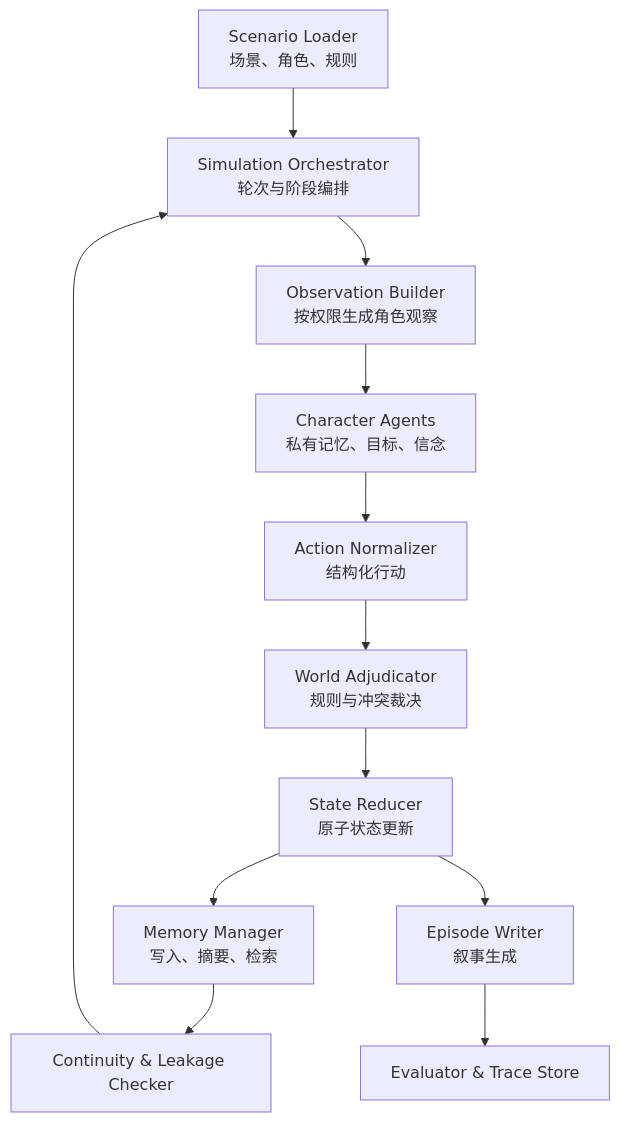
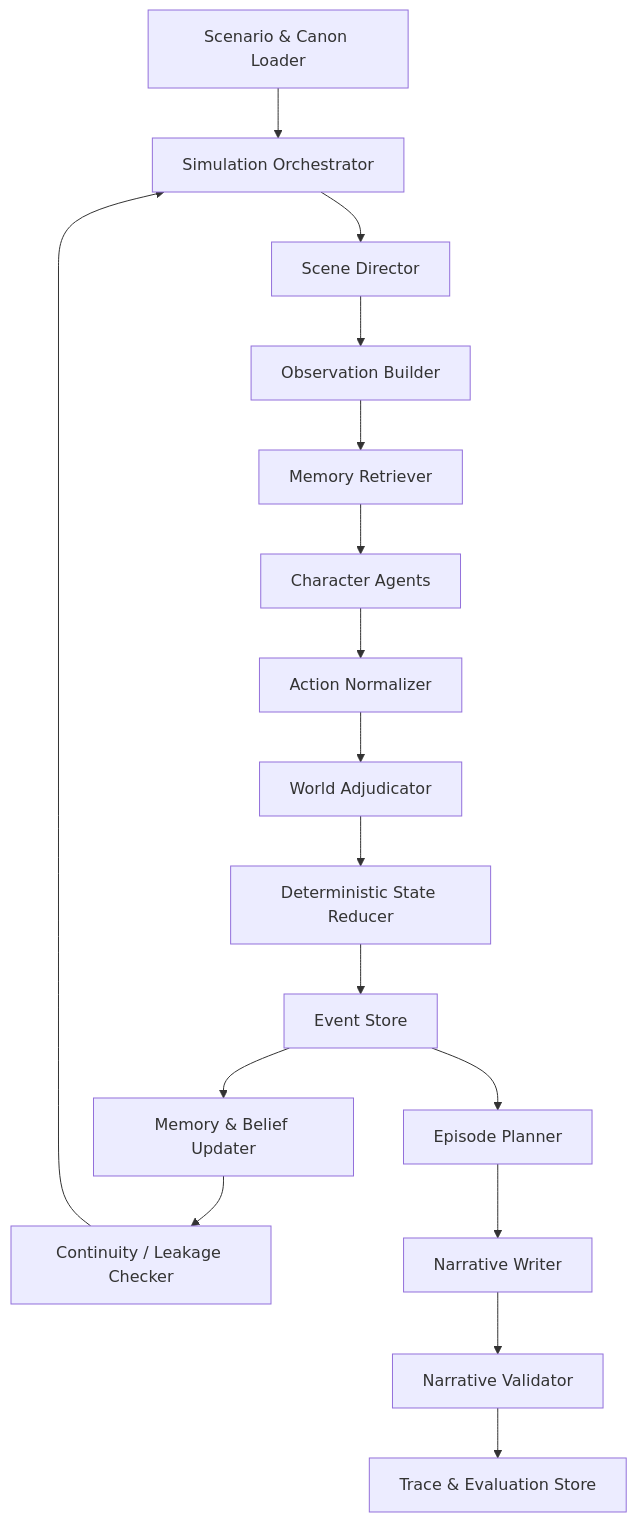
The diagram in docs/implementation_plan.zh-CN.md (JaspinXu/WhatIfStarRail), drawn with Mermaid before and after one commit. The commit also changed other lines of this file, not shown here.

Commit message:
Replace palace plan with Astral technical roadmap

````diff
--- a/docs/implementation_plan.zh-CN.md
+++ b/docs/implementation_plan.zh-CN.md
@@ -47,14 +105,19 @@
 ```mermaid
 flowchart TD
-    A["Scenario Loader<br/>场景、角色、规则"] --> B["Simulation Orchestrator<br/>轮次与阶段编排"]
-    B --> C["Observation Builder<br/>按权限生成角色观察"]
-    C --> D["Character Agents<br/>私有记忆、目标、信念"]
-    D --> E["Action Normalizer<br/>结构化行动"]
-    E --> F["World Adjudicator<br/>规则与冲突裁决"]
-    F --> G["State Reducer<br/>原子状态更新"]
-    G --> H["Memory Manager<br/>写入、摘要、检索"]
-    H --> I["Continuity & Leakage Checker"]
-    I --> B
-    G --> J["Episode Writer<br/>叙事生成"]
-    J --> K["Evaluator & Trace Store"]
+    A["Scenario & Canon Loader"] --> B["Simulation Orchestrator"]
+    B --> C["Scene Director"]
+    C --> D["Observation Builder"]
+    D --> E["Memory Retriever"]
+    E --> F["Character Agents"]
+    F --> G["Action Normalizer"]
+    G --> H["World Adjudicator"]
+    H --> I["Deterministic State Reducer"]
+    I --> J["Event Store"]
+    J --> K["Memory & Belief Updater"]
+    K --> L["Continuity / Leakage Checker"]
+    L --> B
+    J --> M["Episode Planner"]
+    M --> N["Narrative Writer"]
+    N --> O["Narrative Validator"]
+    O --> P["Trace & Evaluation Store"]
 ```
````
